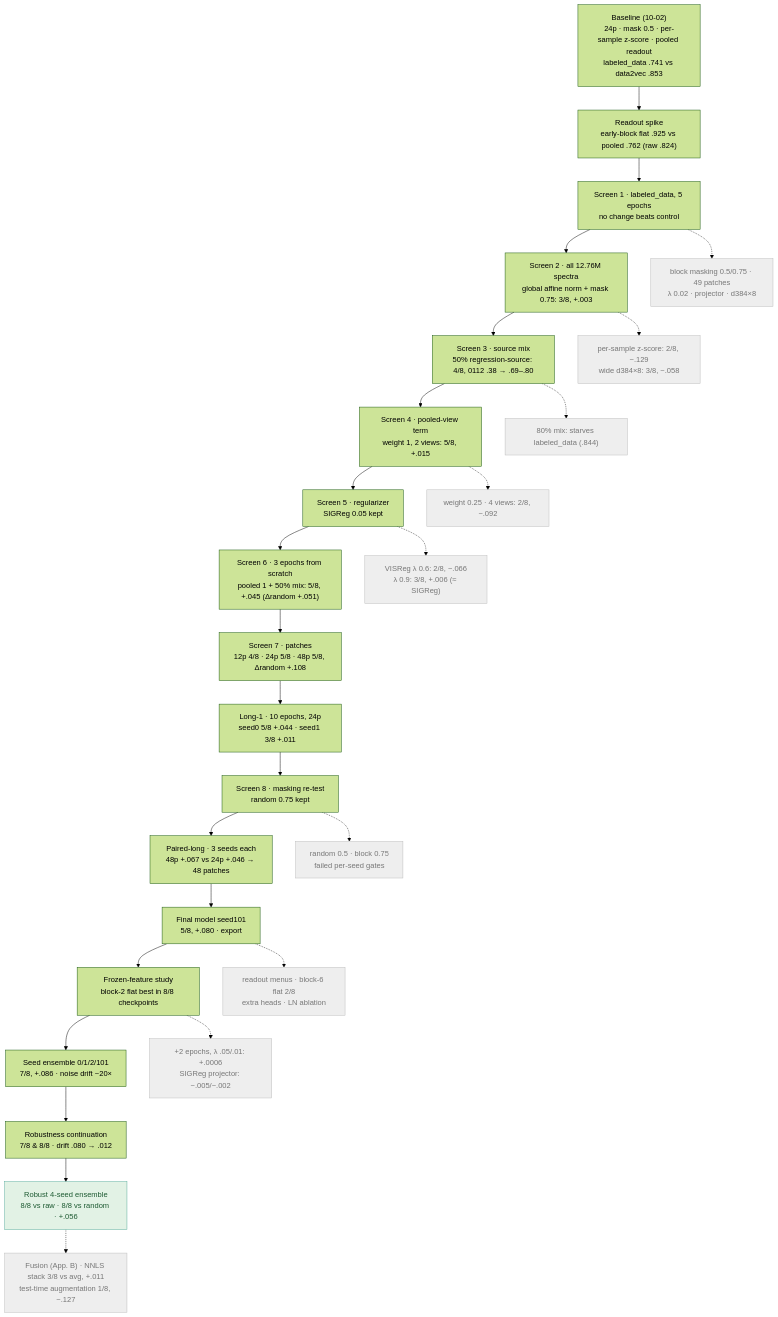
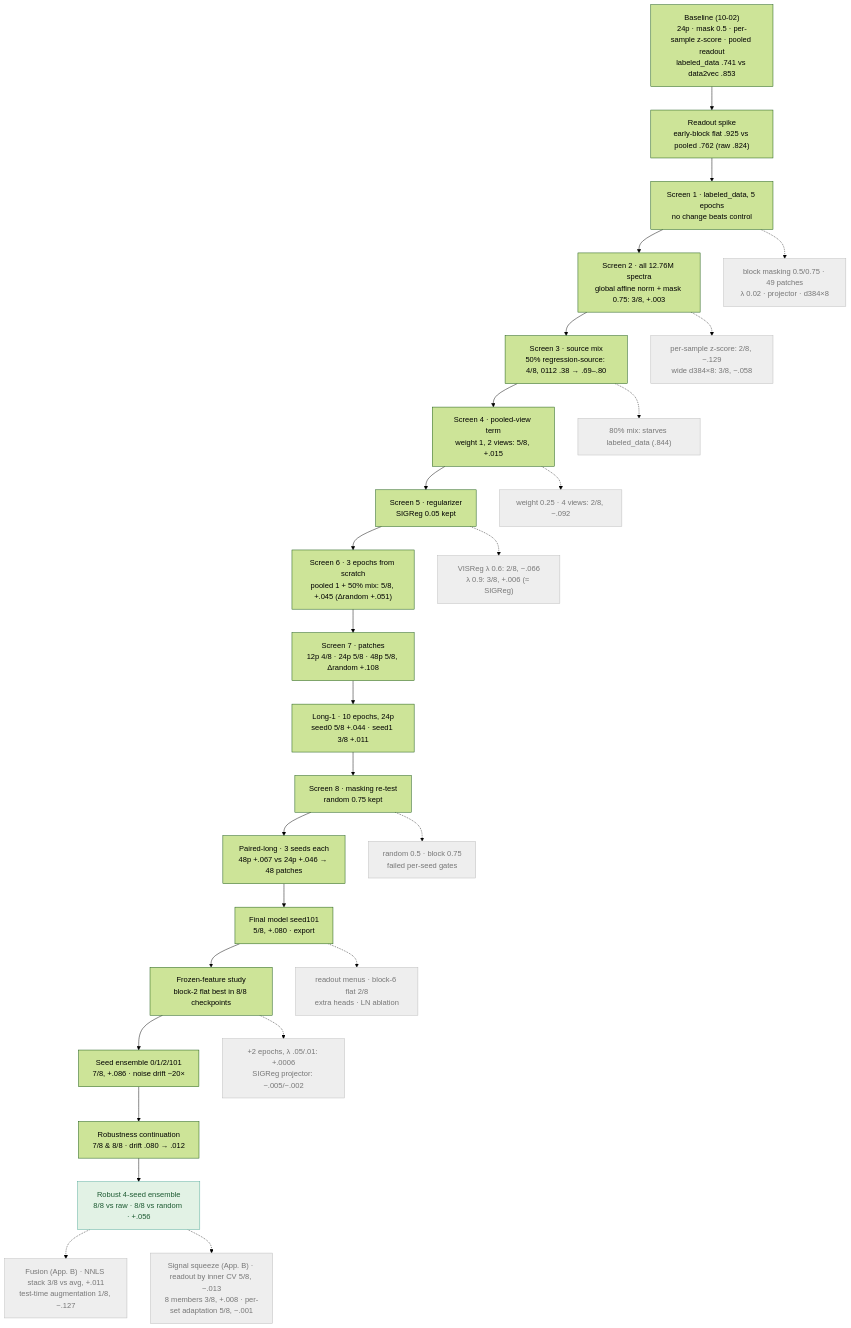
Before and after one commit to h-cohen/SpectralFM-jepa: the fourth of 7 diagrams in docs/TRAINING_REPORT.md, drawn with Mermaid (forest theme). The commit also changed other lines of this file and 1 other file, not shown here.

First line of the commit message:
report: Appendix B2 (readout selection, eight members, per-set adaptation did not beat the average); screening tree node

````diff
--- a/docs/TRAINING_REPORT.md
+++ b/docs/TRAINING_REPORT.md
@@ -127,33 +127,34 @@
 ```mermaid
 flowchart TB
     B0["Baseline (10-02)<br/>24p · mask 0.5 · per-sample z-score · pooled readout<br/>labeled_data .741 vs data2vec .853"] --> R0["Readout spike<br/>early-block flat .925 vs pooled .762 (raw .824)"]
     R0 --> S1["Screen 1 · labeled_data, 5 epochs<br/>no change beats control"]
     S1 --> S2["Screen 2 · all 12.76M spectra<br/>global affine norm + mask 0.75: 3/8, +.003"]
     S2 --> S3["Screen 3 · source mix<br/>50% regression-source: 4/8, 0112 .38 → .69–.80"]
     S3 --> S4["Screen 4 · pooled-view term<br/>weight 1, 2 views: 5/8, +.015"]
     S4 --> S5["Screen 5 · regularizer<br/>SIGReg 0.05 kept"]
     S5 --> S6["Screen 6 · 3 epochs from scratch<br/>pooled 1 + 50% mix: 5/8, +.045 (Δrandom +.051)"]
     S6 --> S7["Screen 7 · patches<br/>12p 4/8 · 24p 5/8 · 48p 5/8, Δrandom +.108"]
     S7 --> L1["Long-1 · 10 epochs, 24p<br/>seed0 5/8 +.044 · seed1 3/8 +.011"]
     L1 --> S8["Screen 8 · masking re-test<br/>random 0.75 kept"]
     S8 --> PL["Paired-long · 3 seeds each<br/>48p +.067 vs 24p +.046 → 48 patches"]
     PL --> FM["Final model seed101<br/>5/8, +.080 · export"]
     FM --> FF["Frozen-feature study<br/>block-2 flat best in 8/8 checkpoints"]
     FF --> SE["Seed ensemble 0/1/2/101<br/>7/8, +.086 · noise drift ~20×"]
     SE --> RC["Robustness continuation<br/>7/8 & 8/8 · drift .080 → .012"]
     RC --> RE["Robust 4-seed ensemble<br/>8/8 vs raw · 8/8 vs random · +.056"]
 
     S1 -.-> X1["block masking 0.5/0.75 · 49 patches<br/>λ 0.02 · projector · d384×8"]
     S2 -.-> X2["per-sample z-score: 2/8, −.129<br/>wide d384×8: 3/8, −.058"]
     S3 -.-> X3["80% mix: starves labeled_data (.844)"]
     S4 -.-> X4["weight 0.25 · 4 views: 2/8, −.092"]
     S5 -.-> X5["VISReg λ 0.6: 2/8, −.066<br/>λ 0.9: 3/8, +.006 (≈ SIGReg)"]
     S8 -.-> X8["random 0.5 · block 0.75<br/>failed per-seed gates"]
     FM -.-> X9["readout menus · block-6 flat 2/8<br/>extra heads · LN ablation"]
     FF -.-> X10["+2 epochs, λ .05/.01: +.0006<br/>SIGReg projector: −.005/−.002"]
     RE -.-> X11["Fusion (App. B) · NNLS stack 3/8 vs avg, +.011<br/>test-time augmentation 1/8, −.127"]
+    RE -.-> X12["Signal squeeze (App. B) · readout by inner CV 5/8, −.013<br/>8 members 3/8, +.008 · per-set adaptation 5/8, −.001"]
     classDef drop fill:#eee,stroke:#bbb,color:#777
     classDef keep fill:#e2f2e5,stroke:#5a9,color:#1d5a32
-    class X1,X2,X3,X4,X5,X8,X9,X10,X11 drop
+    class X1,X2,X3,X4,X5,X8,X9,X10,X11,X12 drop
     class RE keep
 ```
````
